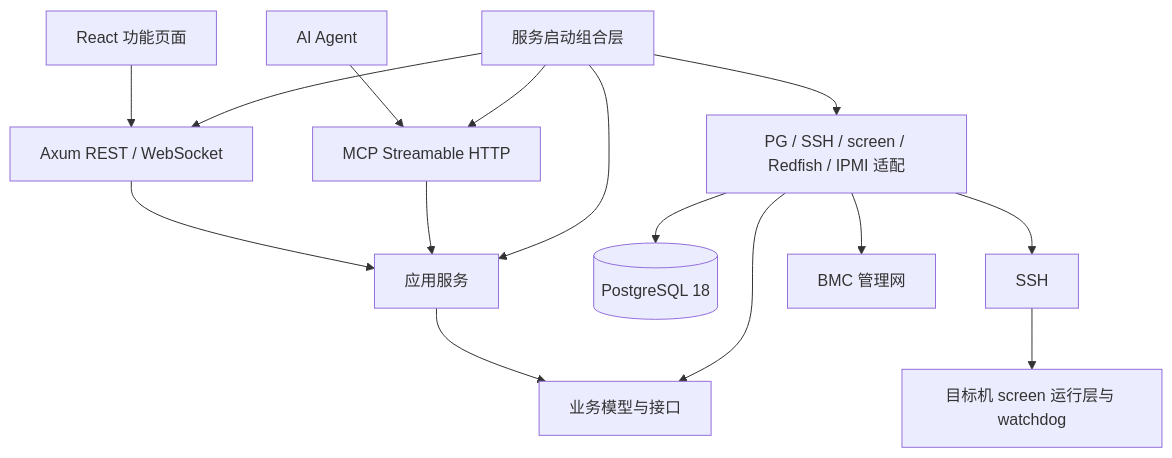
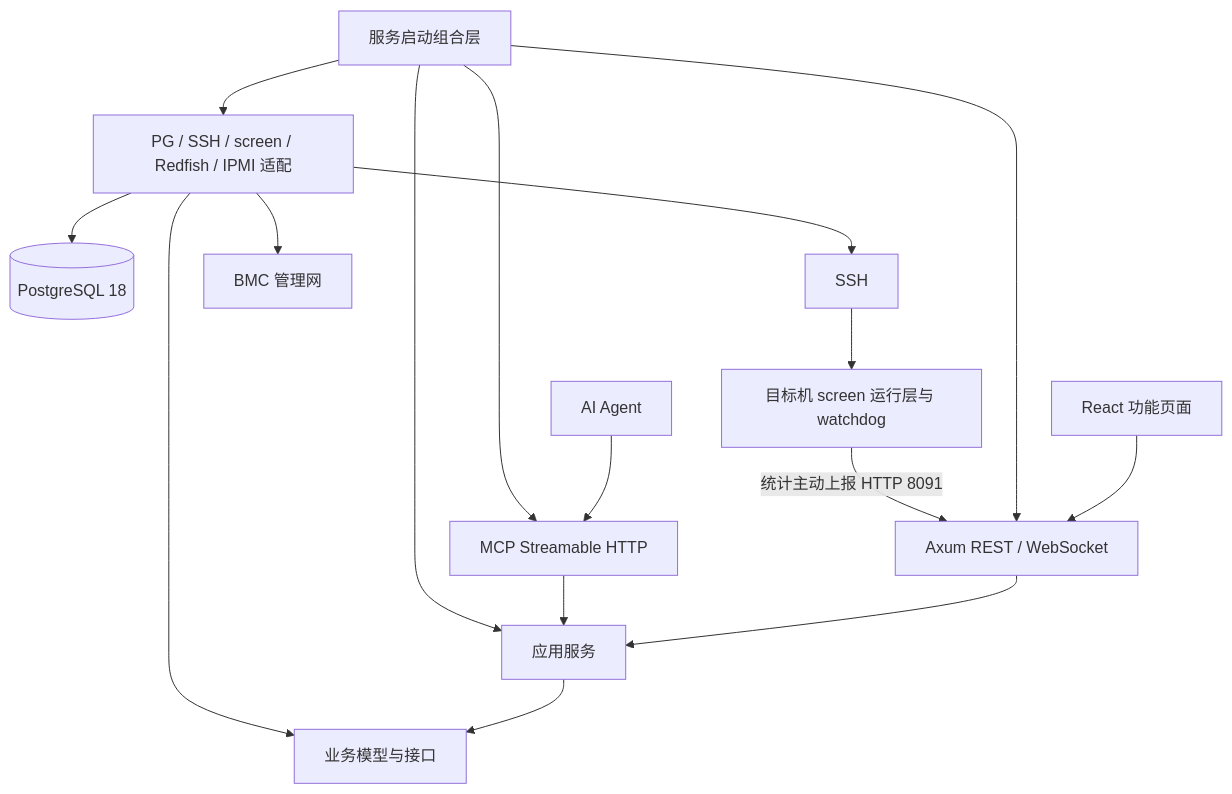
Before and after one commit to Avalonbtc/local-os: the diagram in docs/architecture.md, drawn with Mermaid. The commit also changed other lines of this file and 31 other files, not shown here.

````diff
--- a/docs/architecture.md
+++ b/docs/architecture.md
@@ -5,17 +5,18 @@
 ```mermaid
 flowchart TD
   Web[React 功能页面] --> REST[Axum REST / WebSocket]
   Agent[AI Agent] --> MCP[MCP Streamable HTTP]
   REST --> App[应用服务]
   MCP --> App
   App --> Domain[业务模型与接口]
   Infra[PG / SSH / screen / Redfish / IPMI 适配] --> Domain
   Main[服务启动组合层] --> REST
   Main --> MCP
   Main --> App
   Main --> Infra
   Infra --> PG[(PostgreSQL 18)]
   Infra --> SSH[SSH]
   SSH --> Runtime[目标机 screen 运行层与 watchdog]
   Infra --> BMC[BMC 管理网]
+  Runtime -->|统计主动上报 HTTP 8091| REST
 ```
````
